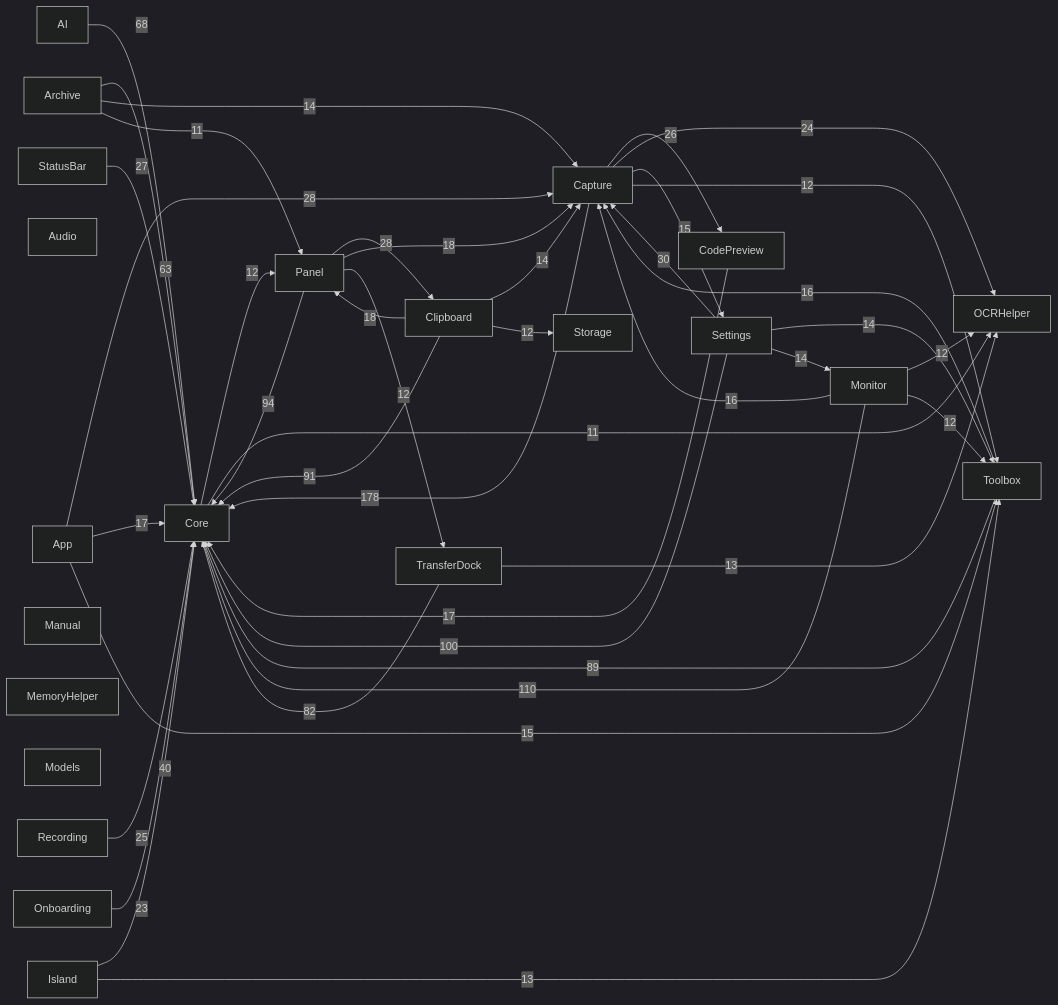
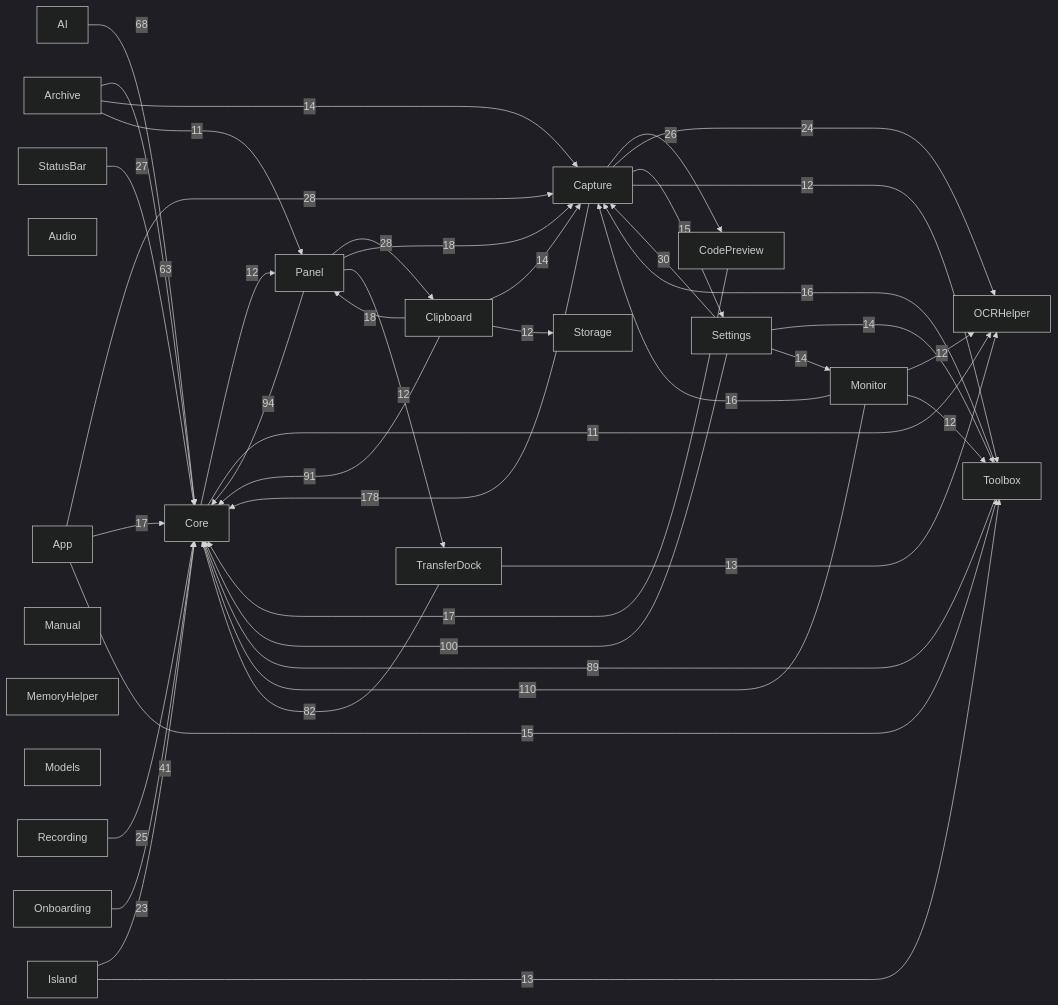
The diagram in docs/00-总览/模块依赖图.md (sxyq/Kitnest), drawn with Mermaid (dark theme) before and after one commit. The commit also changed other lines of this file and 12 other files, not shown here.

````diff
--- a/docs/00-总览/模块依赖图.md
+++ b/docs/00-总览/模块依赖图.md
@@ -36,65 +36,65 @@
 ```mermaid
 flowchart LR
   M0["AI"]
   M1["App"]
   M2["Archive"]
   M3["Audio"]
   M4["Capture"]
   M5["Clipboard"]
   M6["CodePreview"]
   M7["Core"]
   M8["Island"]
   M9["Manual"]
   M10["MemoryHelper"]
   M11["Models"]
   M12["Monitor"]
   M13["OCRHelper"]
   M14["Onboarding"]
   M15["Panel"]
   M16["Recording"]
   M17["Settings"]
   M18["StatusBar"]
   M19["Storage"]
   M20["Toolbox"]
   M21["TransferDock"]
   M4 -->|178| M7
   M12 -->|110| M7
   M17 -->|100| M7
   M15 -->|94| M7
   M5 -->|91| M7
   M20 -->|89| M7
   M21 -->|82| M7
   M0 -->|68| M7
   M2 -->|63| M7
-  M8 -->|40| M7
+  M8 -->|41| M7
   M17 -->|30| M4
   M1 -->|28| M4
   M15 -->|28| M5
   M18 -->|27| M7
   M4 -->|26| M6
   M16 -->|25| M7
   M4 -->|24| M13
   M14 -->|23| M7
   M15 -->|18| M4
   M5 -->|18| M15
   M1 -->|17| M7
   M6 -->|17| M7
   M12 -->|16| M4
   M20 -->|16| M4
   M1 -->|15| M20
   M4 -->|15| M17
   M17 -->|14| M20
   M17 -->|14| M12
   M2 -->|14| M4
   M5 -->|14| M4
   M8 -->|13| M20
   M21 -->|13| M13
   M7 -->|12| M15
   M4 -->|12| M20
   M12 -->|12| M13
   M12 -->|12| M20
   M15 -->|12| M21
   M5 -->|12| M19
   M7 -->|11| M13
   M2 -->|11| M15
 ```
````
